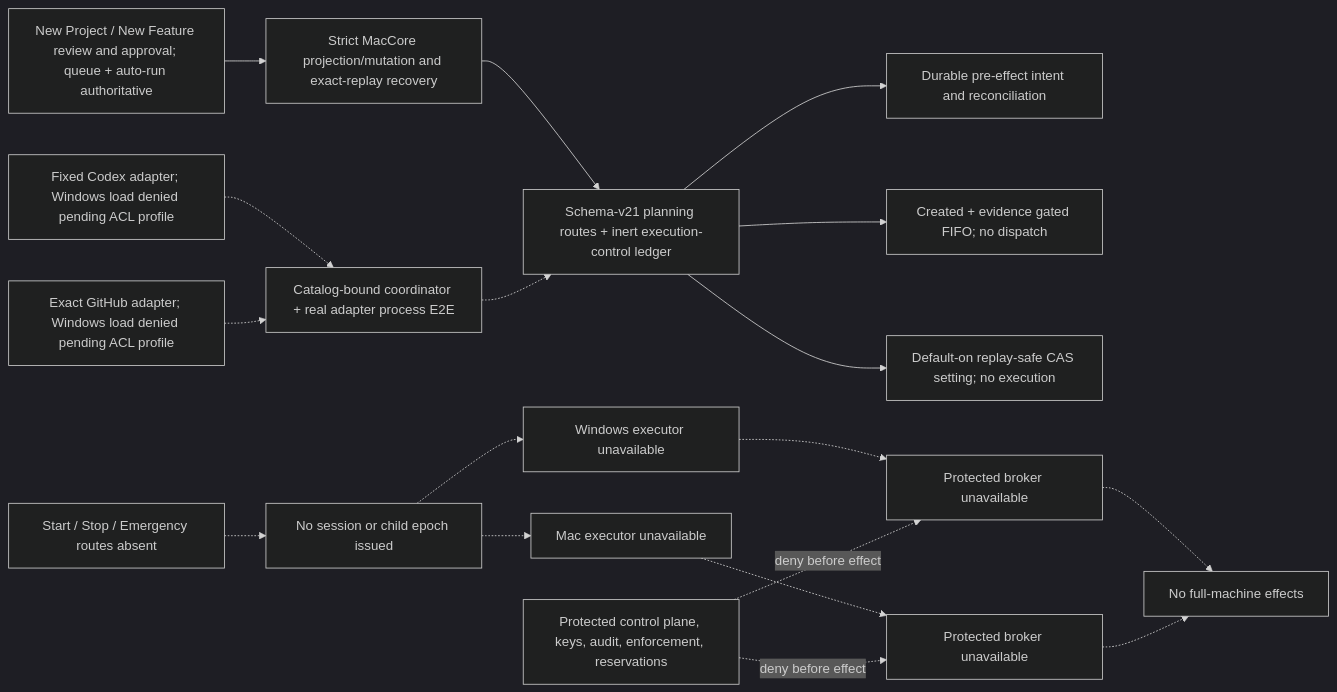
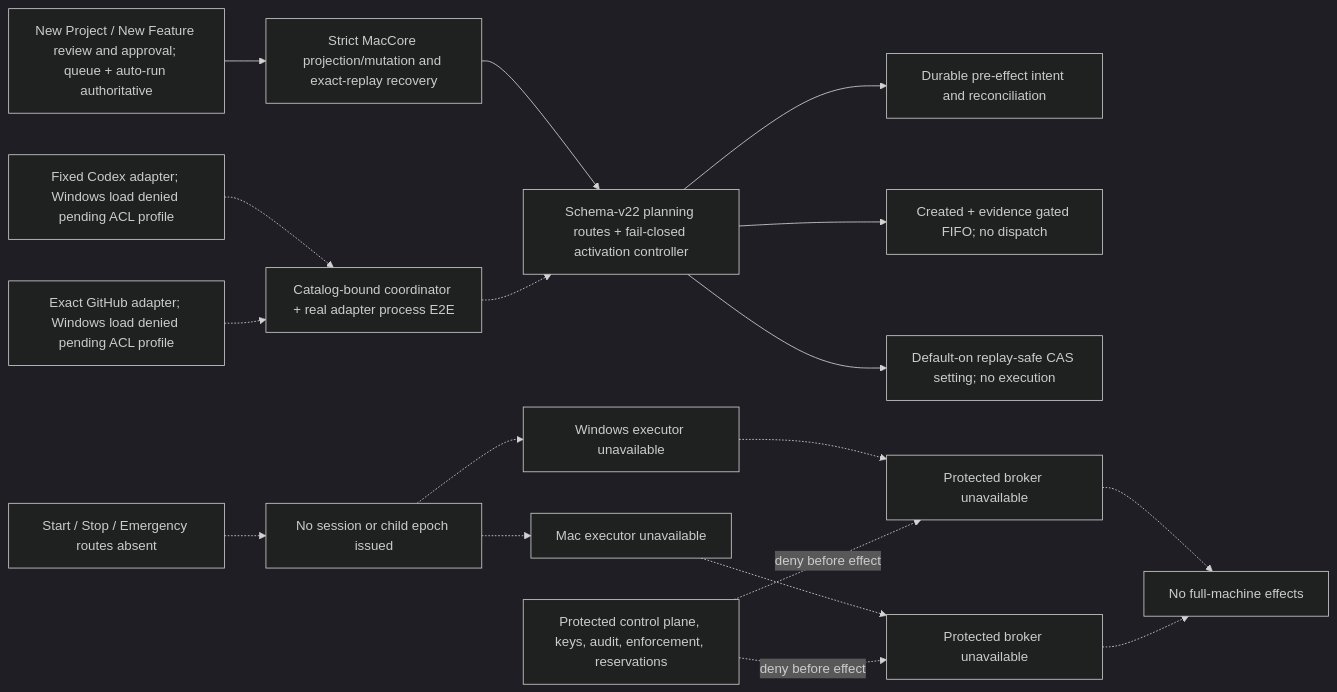
One commit to malak333/Assemblywright changed the first of 3 diagrams in docs/architecture-map.md. Above: the diagram before and after it, drawn with Mermaid (dark theme). The commit also changed other lines of this file and 10 other files, not shown here.

````diff
--- a/docs/architecture-map.md
+++ b/docs/architecture-map.md
@@ -34,20 +38,20 @@
 ```mermaid
 flowchart LR
   UI["New Project / New Feature review and approval; queue + auto-run authoritative"] --> MacCore["Strict MacCore projection/mutation and exact-replay recovery"]
-  MacCore --> Master["Schema-v21 planning routes + inert execution-control ledger"]
+  MacCore --> Master["Schema-v22 planning routes + fail-closed activation controller"]
   Master --> Intent["Durable pre-effect intent and reconciliation"]
   Master --> FIFO["Created + evidence gated FIFO; no dispatch"]
   Master --> AutoRun["Default-on replay-safe CAS setting; no execution"]
   Seam["Catalog-bound coordinator + real adapter process E2E"] -.-> Master
   Brainstorm["Fixed Codex adapter; Windows load denied pending ACL profile"] -.-> Seam
   GitHub["Exact GitHub adapter; Windows load denied pending ACL profile"] -.-> Seam
   Line["Start / Stop / Emergency routes absent"] -.-> Epoch["No session or child epoch issued"]
   Epoch -.-> WinExecutor["Windows executor unavailable"]
   Epoch -.-> MacExecutor["Mac executor unavailable"]
   WinExecutor -.-> WinBroker["Protected broker unavailable"]
   MacExecutor -.-> MacBroker["Protected broker unavailable"]
   WinBroker -.-> Effects["No full-machine effects"]
   MacBroker -.-> Effects
   Protected["Protected control plane, keys, audit, enforcement, reservations"] -. "deny before effect" .-> WinBroker
   Protected -. "deny before effect" .-> MacBroker
 ```
````
